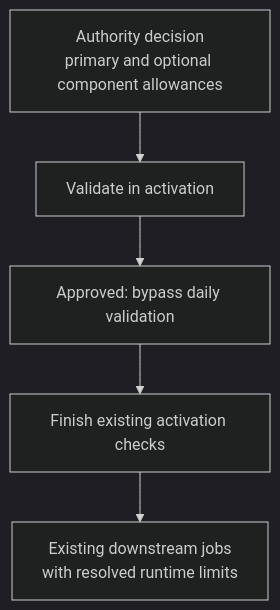
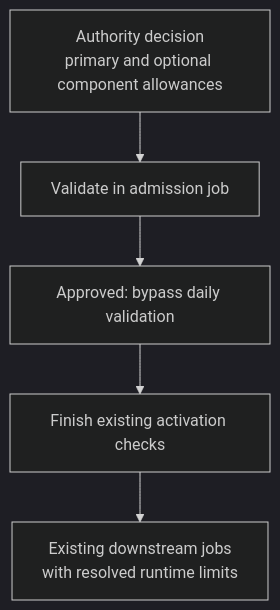
One commit to githubnext/gh-aw changed the fifth of 5 diagrams in docs/src/content/docs/specs/admission-service-specification.md. Above: the diagram before and after it, drawn with Mermaid (dark theme). The commit also changed other lines of this file and 368 other files, not shown here.

````diff
--- a/docs/src/content/docs/specs/admission-service-specification.md
+++ b/docs/src/content/docs/specs/admission-service-specification.md
@@ -557,7 +559,7 @@
 ```mermaid
 flowchart TD
-    S["Authority decision<br/>primary and optional component allowances"] --> V["Validate in activation"]
+    S["Authority decision<br/>primary and optional component allowances"] --> V["Validate in admission job"]
     V --> A["Approved: bypass daily validation"]
     A --> F["Finish existing activation checks"]
     F --> J["Existing downstream jobs<br/>with resolved runtime limits"]
 ```
````
